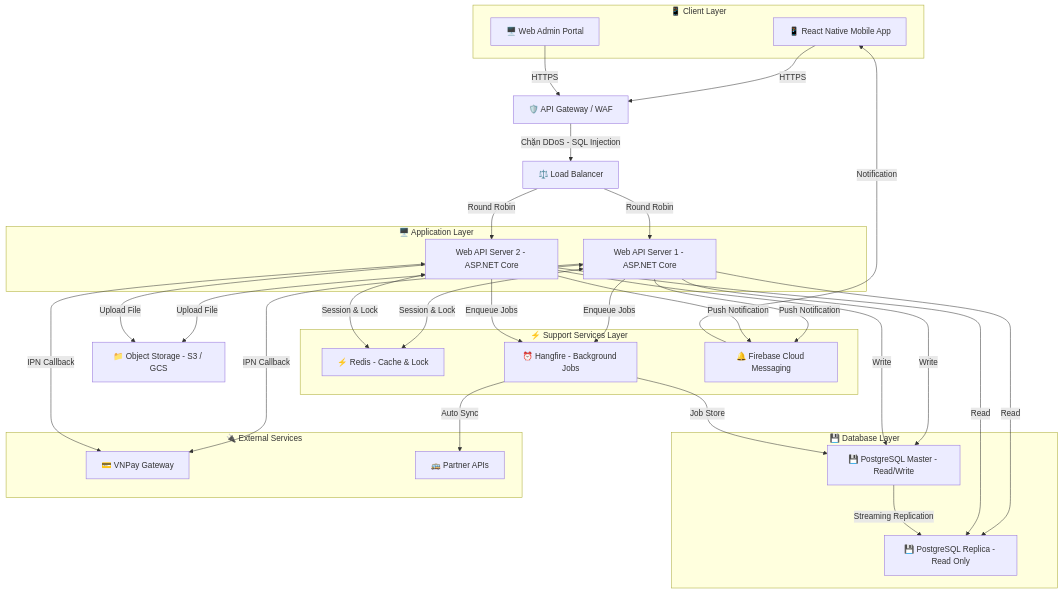
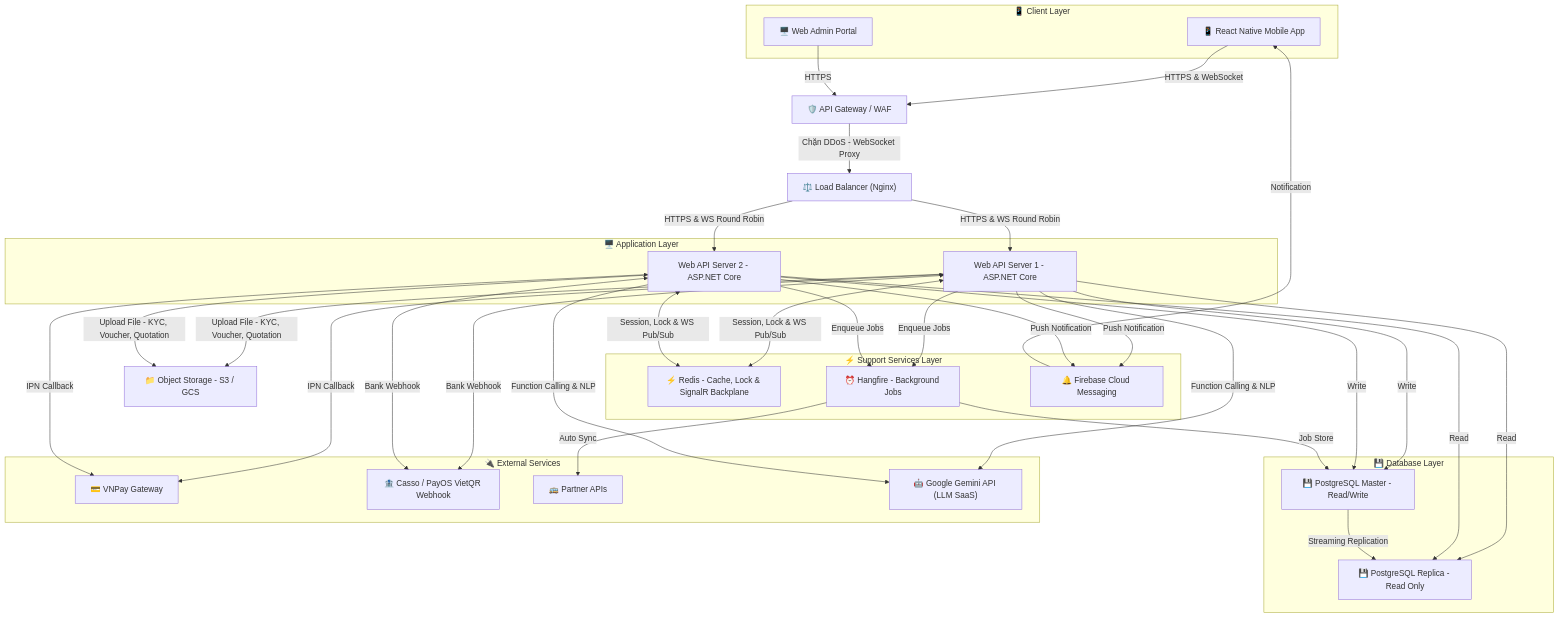
The diagram in docs/Kiến trúc phần cứng/README.md (thanh-16/B2B_Tour), drawn with Mermaid before and after one commit. The commit also changed other lines of this file and 2 other files, not shown here.

````diff
--- a/docs/Kiến trúc phần cứng/README.md
+++ b/docs/Kiến trúc phần cứng/README.md
@@ -11,75 +11,80 @@
 ```mermaid
 graph TD
     %% ────────────────────────────────────────────────────
     %% TẦNG CLIENT (Người dùng cuối)
     %% ────────────────────────────────────────────────────
     subgraph ClientLayer["📱 Client Layer"]
         MobileApp["📱 React Native Mobile App"]
         WebAdmin["🖥️ Web Admin Portal"]
     end
 
     %% ────────────────────────────────────────────────────
     %% TẦNG BẢO VỆ (Security Gateway)
     %% ────────────────────────────────────────────────────
-    MobileApp -->|HTTPS| WAF["🛡️ API Gateway / WAF"]
+    MobileApp -->|HTTPS & WebSocket| WAF["🛡️ API Gateway / WAF"]
     WebAdmin -->|HTTPS| WAF
-    WAF -->|Chặn DDoS - SQL Injection| LB["⚖️ Load Balancer"]
+    WAF -->|Chặn DDoS - WebSocket Proxy| LB["⚖️ Load Balancer (Nginx)"]
 
     %% ────────────────────────────────────────────────────
     %% TẦNG ỨNG DỤNG (Application Layer)
     %% ────────────────────────────────────────────────────
     subgraph AppServers["🖥️ Application Layer"]
         API1["Web API Server 1 - ASP.NET Core"]
         API2["Web API Server 2 - ASP.NET Core"]
     end
-    LB -->|Round Robin| API1
-    LB -->|Round Robin| API2
+    LB -->|HTTPS & WS Round Robin| API1
+    LB -->|HTTPS & WS Round Robin| API2
 
     %% ────────────────────────────────────────────────────
     %% TẦNG DỊCH VỤ BỔ TRỢ (Cache, Queue, Notification)
     %% ────────────────────────────────────────────────────
     subgraph SupportServices["⚡ Support Services Layer"]
-        REDIS["⚡ Redis - Cache & Lock"]
+        REDIS["⚡ Redis - Cache, Lock & SignalR Backplane"]
         HANGFIRE["⏰ Hangfire - Background Jobs"]
         FCM["🔔 Firebase Cloud Messaging"]
     end
-    API1 <-->|Session & Lock| REDIS
-    API2 <-->|Session & Lock| REDIS
+    API1 <-->|Session, Lock & WS Pub/Sub| REDIS
+    API2 <-->|Session, Lock & WS Pub/Sub| REDIS
     API1 -->|Enqueue Jobs| HANGFIRE
     API2 -->|Enqueue Jobs| HANGFIRE
     API1 -->|Push Notification| FCM
     API2 -->|Push Notification| FCM
     FCM -->|Notification| MobileApp
 
     %% ────────────────────────────────────────────────────
     %% TẦNG CƠ SỞ DỮ LIỆU (Database Layer)
     %% ────────────────────────────────────────────────────
     subgraph DatabaseLayer["💾 Database Layer"]
         DB_Master["💾 PostgreSQL Master - Read/Write"]
         DB_Replica["💾 PostgreSQL Replica - Read Only"]
     end
     API1 -->|Write| DB_Master
     API2 -->|Write| DB_Master
     API1 -->|Read| DB_Replica
     API2 -->|Read| DB_Replica
     DB_Master -->|Streaming Replication| DB_Replica
     HANGFIRE -->|Job Store| DB_Master
 
     %% ────────────────────────────────────────────────────
     %% TẦNG LƯU TRỮ FILE (Object Storage)
     %% ────────────────────────────────────────────────────
     STORAGE["📁 Object Storage - S3 / GCS"]
-    API1 -->|Upload File| STORAGE
-    API2 -->|Upload File| STORAGE
+    API1 -->|Upload File - KYC, Voucher, Quotation| STORAGE
+    API2 -->|Upload File - KYC, Voucher, Quotation| STORAGE
 
     %% ────────────────────────────────────────────────────
-    %% HỆ THỐNG BÊN NGOÀI (External Partners)
+    %% HỆ THỐNG BÊN NGOÀI (External Partners & SaaS)
     %% ────────────────────────────────────────────────────
     subgraph ExternalServices["🔌 External Services"]
         VNPAY["💳 VNPay Gateway"]
+        CASSO["🏦 Casso / PayOS VietQR Webhook"]
         PARTNER["🚌 Partner APIs"]
+        GEMINI["🤖 Google Gemini API (LLM SaaS)"]
     end
     API1 <-->|IPN Callback| VNPAY
     API2 <-->|IPN Callback| VNPAY
+    API1 <-->|Bank Webhook| CASSO
+    API2 <-->|Bank Webhook| CASSO
+    API1 & API2 -->|Function Calling & NLP| GEMINI
     HANGFIRE -->|Auto Sync| PARTNER
 ```
````
